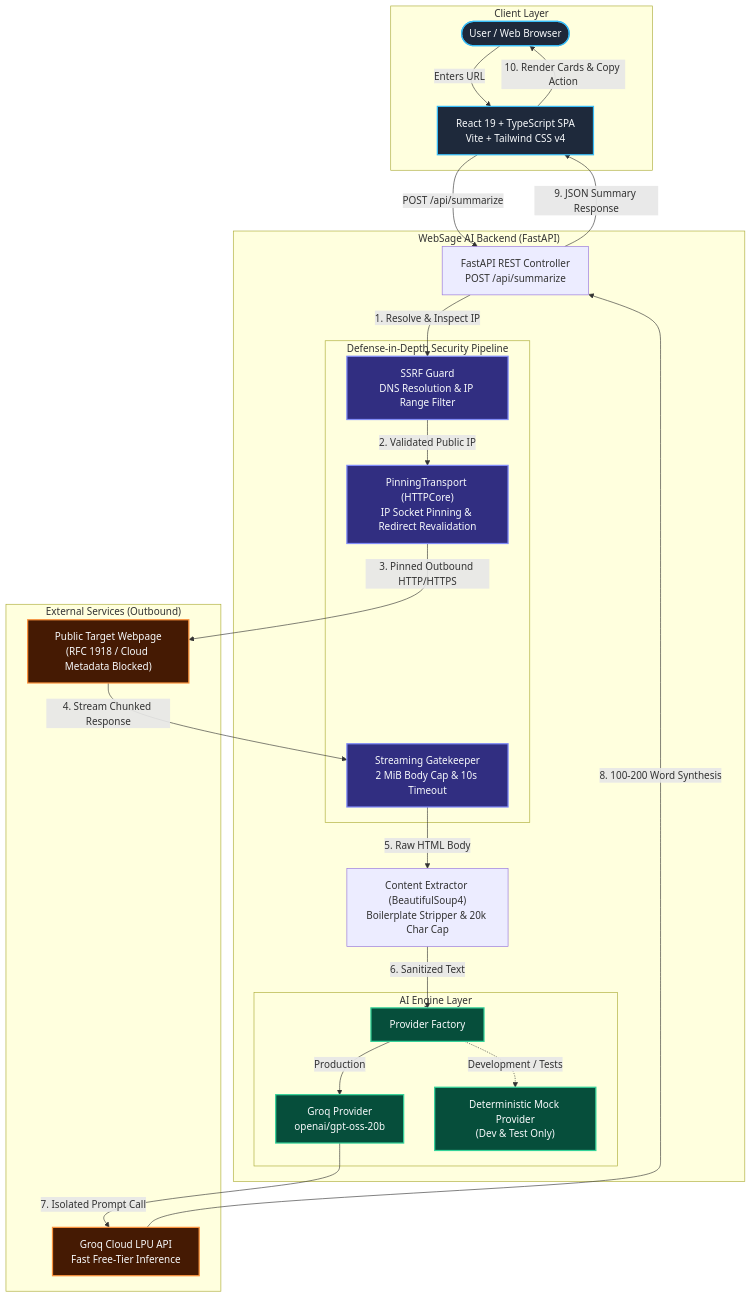
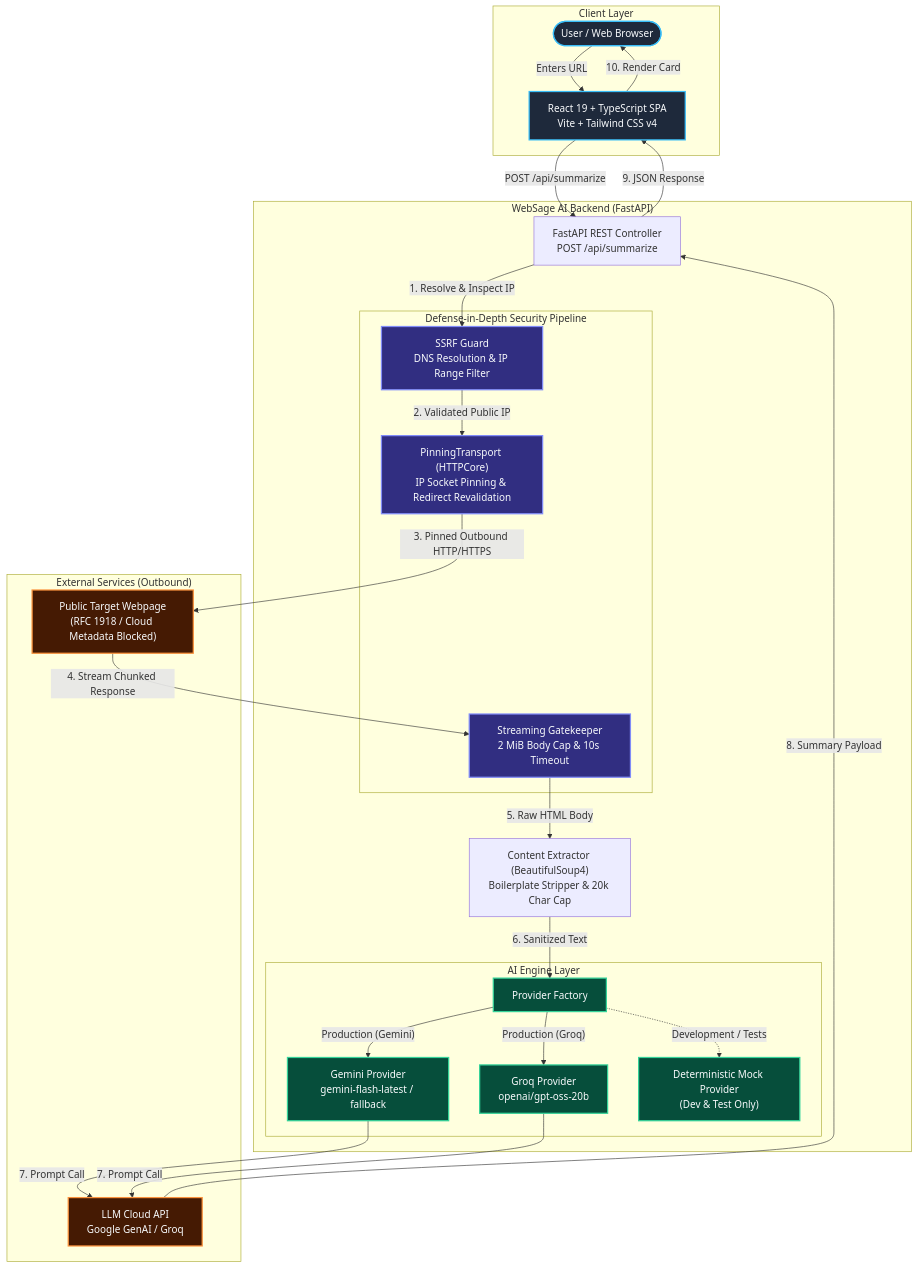
The first of 2 diagrams in README.md (shlok926/WebSage-AI), drawn with Mermaid before and after one commit. The commit also changed other lines of this file, not shown here.

````diff
--- a/README.md
+++ b/README.md
@@ -78,55 +89,58 @@
 ```mermaid
 flowchart TD
     subgraph Client ["Client Layer"]
         User(["User / Web Browser"])
         UI["React 19 + TypeScript SPA<br/>Vite + Tailwind CSS v4"]
     end
 
     subgraph Backend ["WebSage AI Backend (FastAPI)"]
         API["FastAPI REST Controller<br/>POST /api/summarize"]
         
         subgraph SecurityPipeline ["Defense-in-Depth Security Pipeline"]
             SSRF["SSRF Guard<br/>DNS Resolution & IP Range Filter"]
             Pinning["PinningTransport (HTTPCore)<br/>IP Socket Pinning & Redirect Revalidation"]
             StreamCap["Streaming Gatekeeper<br/>2 MiB Body Cap & 10s Timeout"]
         end
 
         Extractor["Content Extractor (BeautifulSoup4)<br/>Boilerplate Stripper & 20k Char Cap"]
         
         subgraph AIService ["AI Engine Layer"]
             AIFactory["Provider Factory"]
+            GeminiProv["Gemini Provider<br/>gemini-flash-latest / fallback"]
             GroqProv["Groq Provider<br/>openai/gpt-oss-20b"]
             MockProv["Deterministic Mock Provider<br/>(Dev & Test Only)"]
         end
     end
 
     subgraph External ["External Services (Outbound)"]
         TargetWeb["Public Target Webpage<br/>(RFC 1918 / Cloud Metadata Blocked)"]
-        GroqAPI["Groq Cloud LPU API<br/>Fast Free-Tier Inference"]
+        AIEndpoints["LLM Cloud API<br/>Google GenAI / Groq"]
     end
 
     User -->|"Enters URL"| UI
     UI -->|"POST /api/summarize"| API
     API -->|"1. Resolve & Inspect IP"| SSRF
     SSRF -->|"2. Validated Public IP"| Pinning
     Pinning -->|"3. Pinned Outbound HTTP/HTTPS"| TargetWeb
     TargetWeb -->|"4. Stream Chunked Response"| StreamCap
     StreamCap -->|"5. Raw HTML Body"| Extractor
     Extractor -->|"6. Sanitized Text"| AIFactory
-    AIFactory -->|"Production"| GroqProv
+    AIFactory -->|"Production (Gemini)"| GeminiProv
+    AIFactory -->|"Production (Groq)"| GroqProv
     AIFactory -.->|"Development / Tests"| MockProv
-    GroqProv -->|"7. Isolated Prompt Call"| GroqAPI
-    GroqAPI -->|"8. 100-200 Word Synthesis"| API
-    API -->|"9. JSON Summary Response"| UI
-    UI -->|"10. Render Cards & Copy Action"| User
+    GeminiProv -->|"7. Prompt Call"| AIEndpoints
+    GroqProv -->|"7. Prompt Call"| AIEndpoints
+    AIEndpoints -->|"8. Summary Payload"| API
+    API -->|"9. JSON Response"| UI
+    UI -->|"10. Render Card"| User
 
     classDef client fill:#1e293b,stroke:#38bdf8,stroke-width:2px,color:#f8fafc;
     classDef security fill:#312e81,stroke:#818cf8,stroke-width:2px,color:#f8fafc;
     classDef ai fill:#064e3b,stroke:#34d399,stroke-width:2px,color:#f8fafc;
     classDef ext fill:#451a03,stroke:#fb923c,stroke-width:2px,color:#f8fafc;
 
     class UI,User client;
     class SSRF,Pinning,StreamCap security;
-    class GroqProv,MockProv,AIFactory ai;
-    class TargetWeb,GroqAPI ext;
+    class GeminiProv,GroqProv,MockProv,AIFactory ai;
+    class TargetWeb,AIEndpoints ext;
 ```
````
